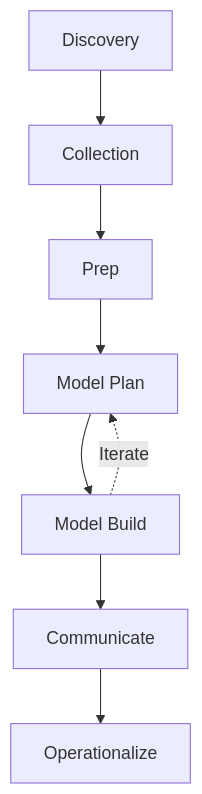
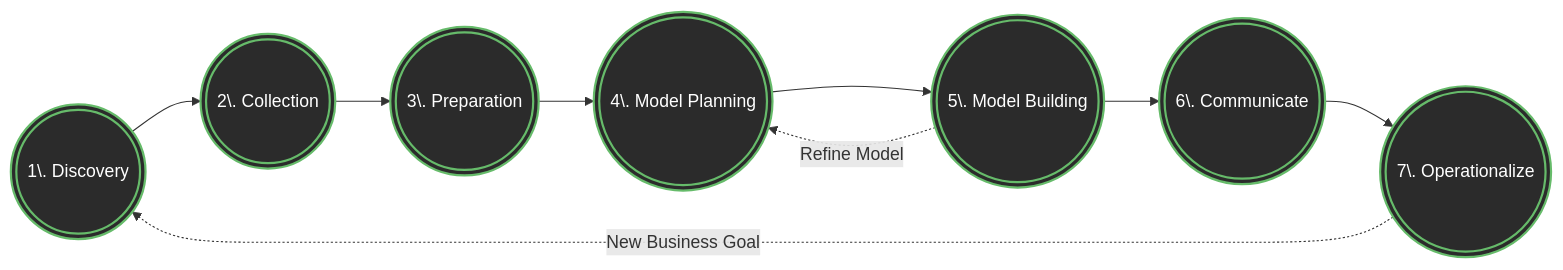
One commit to milind2k4/Notes changed the diagram in College/Data Analytics/03 Data Analytics Lifecycle.md. Above: the diagram before and after it, drawn with Mermaid. The commit also changed 36 other files, not shown here.

````diff
--- a/College/Data Analytics/03 Data Analytics Lifecycle.md
+++ b/College/Data Analytics/03 Data Analytics Lifecycle.md
@@ -7,10 +7,15 @@
 ```mermaid
-graph TD
-    P1[Discovery] --> P2[Collection]
-    P2 --> P3[Prep]
-    P3 --> P4[Model Plan]
-    P4 --> P5[Model Build]
-    P5 --> P6[Communicate]
-    P6 --> P7[Operationalize]
-    P5 -.->|Iterate| P4
+graph LR
+    P1(((1\. Discovery))) --> P2(((2\. Collection)))
+    P2 --> P3(((3\. Preparation)))
+    P3 --> P4(((4\. Model Planning)))
+    P4 --> P5(((5\. Model Building)))
+    P5 --> P6(((6\. Communicate)))
+    P6 --> P7(((7\. Operationalize)))
+    
+    %% Circular iteration loops
+    P5 -.->|Refine Model| P4
+    P7 -.->|New Business Goal| P1
+    
+    classDef default fill:#2b2b2b,stroke:#66bb6a,stroke-width:2px,color:#fff;
 ```
````
